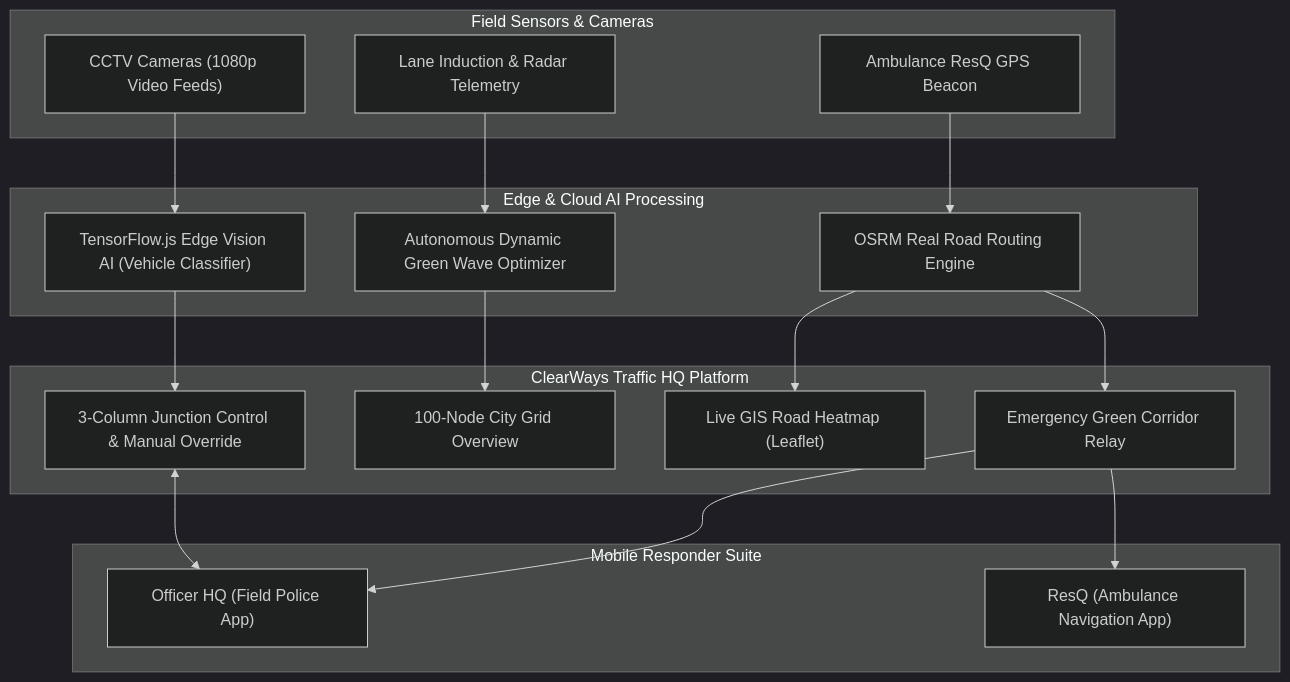
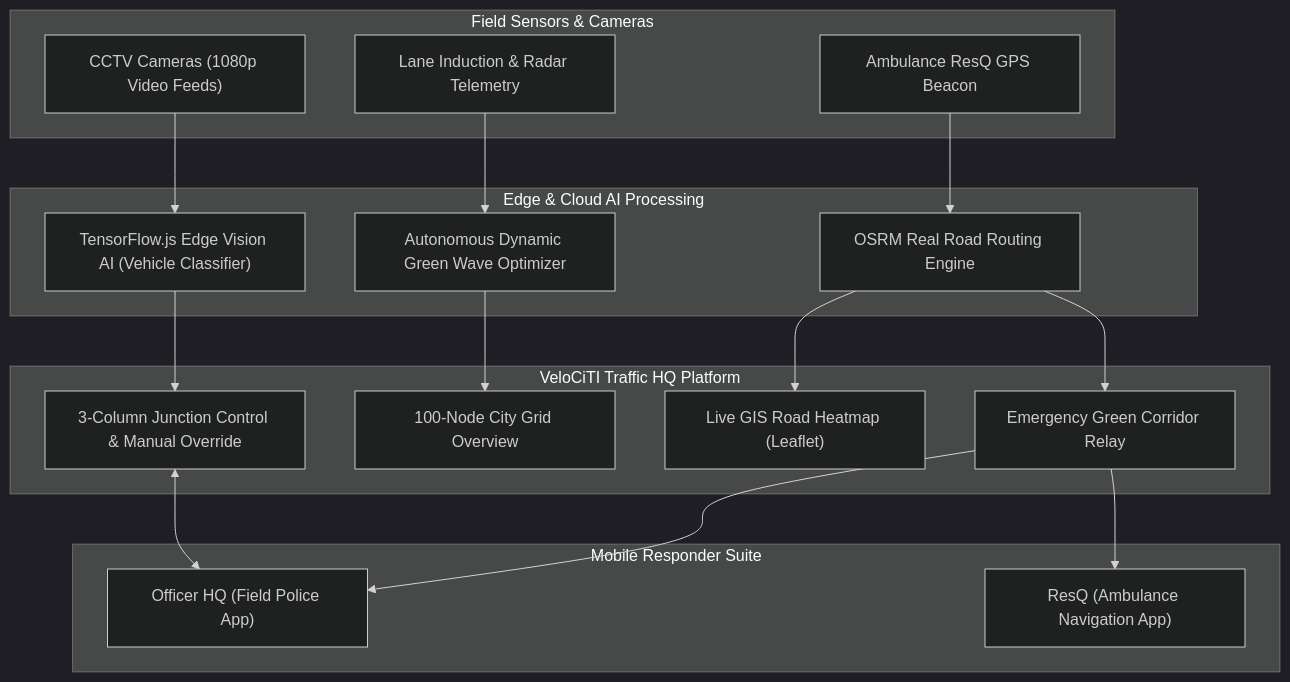
Before and after one commit to ChinmayaBiswal7/SIH-Prototype: the diagram in ClearWays-main/clearways-react/README.md, drawn with Mermaid (dark theme). The commit also changed other lines of this file and 26 other files, not shown here.

Commit message:
Rebrand project to VeloCiTI across all UI, titles, and diagrams

````diff
--- a/ClearWays-main/clearways-react/README.md
+++ b/ClearWays-main/clearways-react/README.md
@@ -88,39 +88,39 @@
 ```mermaid
 flowchart TD
     subgraph Edge ["Field Sensors & Cameras"]
         CCTV["CCTV Cameras (1080p Video Feeds)"]
         Sensors["Lane Induction & Radar Telemetry"]
         AmbGPS["Ambulance ResQ GPS Beacon"]
     end
 
     subgraph AI_Engine ["Edge & Cloud AI Processing"]
         TFJS["TensorFlow.js Edge Vision AI (Vehicle Classifier)"]
         OSRM["OSRM Real Road Routing Engine"]
         SignalOpt["Autonomous Dynamic Green Wave Optimizer"]
     end
 
-    subgraph HQ_Dashboard ["ClearWays Traffic HQ Platform"]
+    subgraph HQ_Dashboard ["VeloCiTI Traffic HQ Platform"]
         Matrix["100-Node City Grid Overview"]
         GISMap["Live GIS Road Heatmap (Leaflet)"]
         CorridorHUD["Emergency Green Corridor Relay"]
         Console["3-Column Junction Control & Manual Override"]
     end
 
     subgraph Field_Apps ["Mobile Responder Suite"]
         PoliceApp["Officer HQ (Field Police App)"]
         ResQApp["ResQ (Ambulance Navigation App)"]
     end
 
     CCTV --> TFJS
     Sensors --> SignalOpt
     AmbGPS --> OSRM
 
     TFJS --> Console
     OSRM --> GISMap
     OSRM --> CorridorHUD
     SignalOpt --> Matrix
 
     CorridorHUD --> PoliceApp
     CorridorHUD --> ResQApp
     Console <--> PoliceApp
 ```
````
